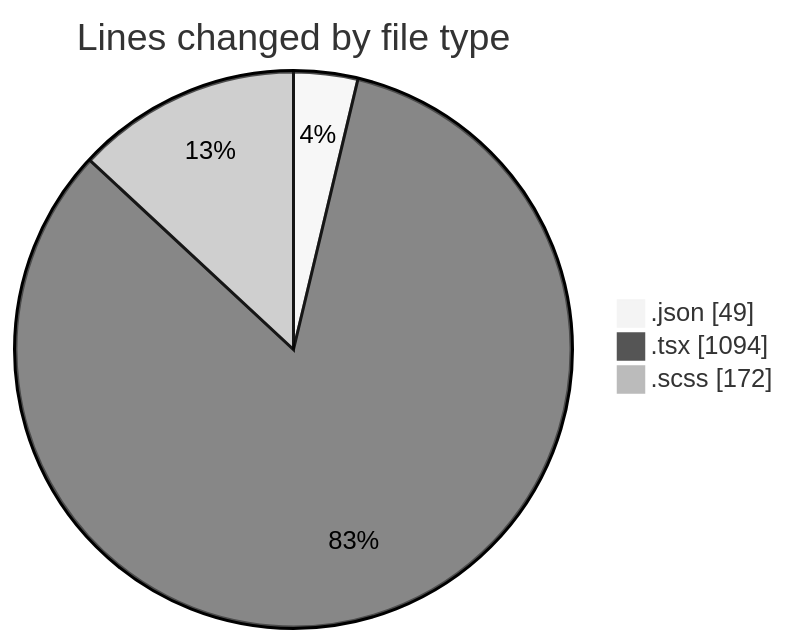
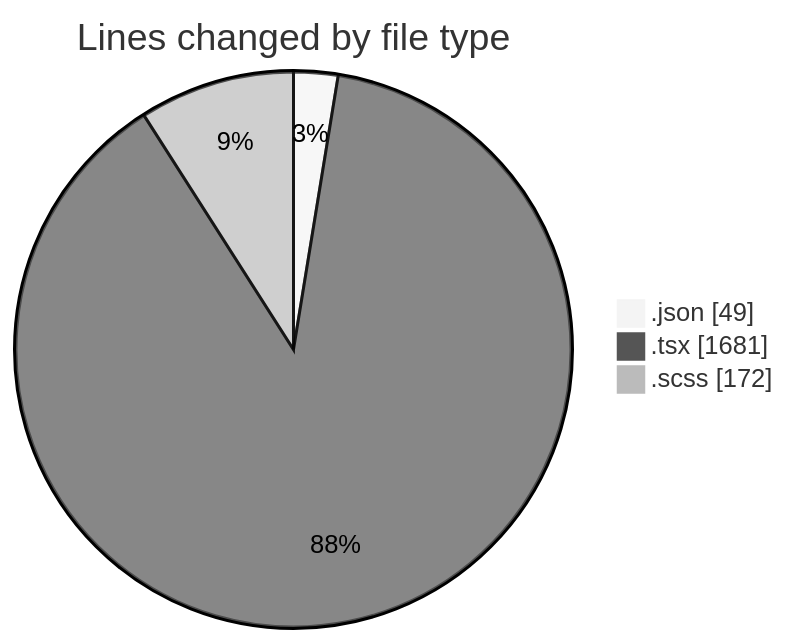
One commit to momahboobian/code-tracking changed the first of 2 diagrams in 2025-08-20/cda/README.md. Above: the diagram before and after it, drawn with Mermaid (neutral theme). The commit also changed other lines of this file and 1 other file, not shown here.

````diff
--- a/2025-08-20/cda/README.md
+++ b/2025-08-20/cda/README.md
@@ -25,7 +26,7 @@
 ```mermaid
 pie showData
 title Lines changed by file type
 ".json" : 49
-".tsx" : 1094
+".tsx" : 1681
 ".scss" : 172
 ```
````
